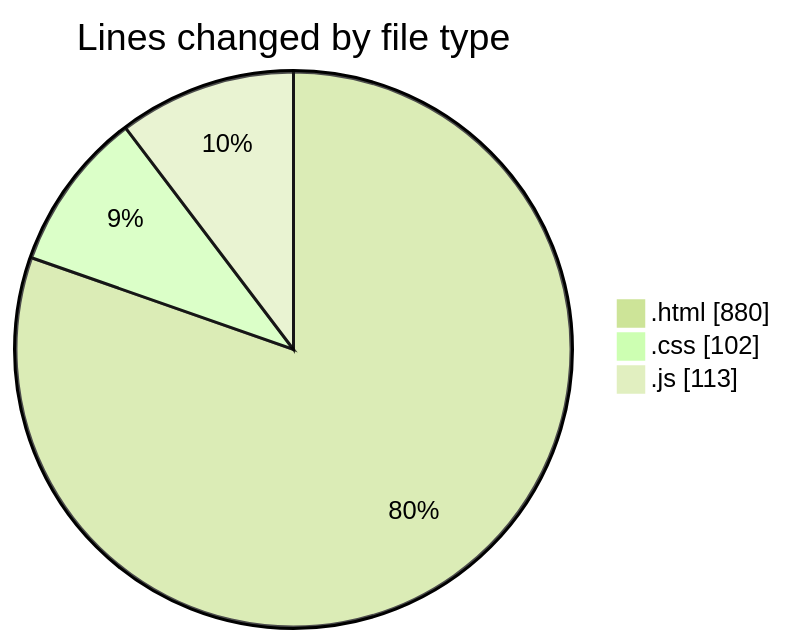
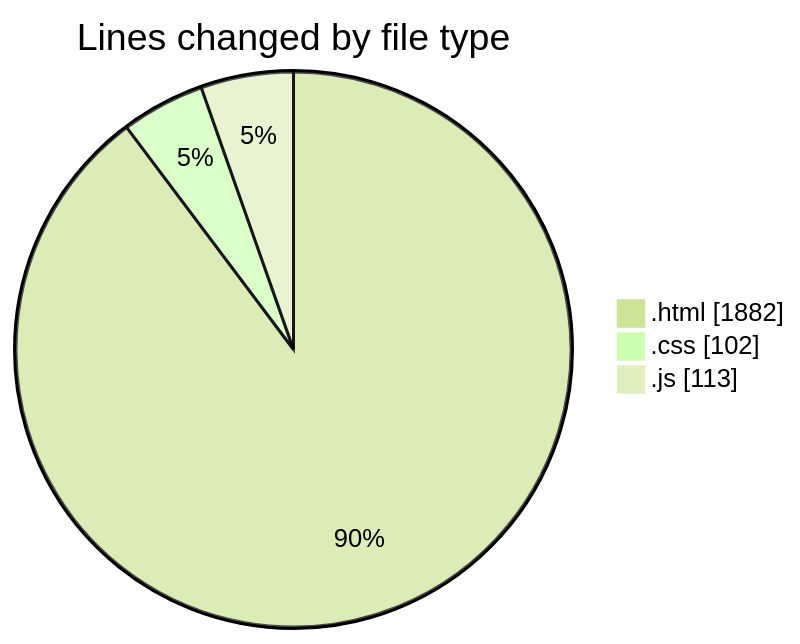
Before and after one commit to IJAZ3593/code-tracking: the first of 2 diagrams in 2025-08-31/abc2/README.md, drawn with Mermaid (forest theme). The commit also changed other lines of this file and 1 other file, not shown here.

````diff
--- a/2025-08-31/abc2/README.md
+++ b/2025-08-31/abc2/README.md
@@ -26,7 +26,7 @@
 ```mermaid
 pie showData
 title Lines changed by file type
-".html" : 880
+".html" : 1882
 ".css" : 102
 ".js" : 113
 ```
````
